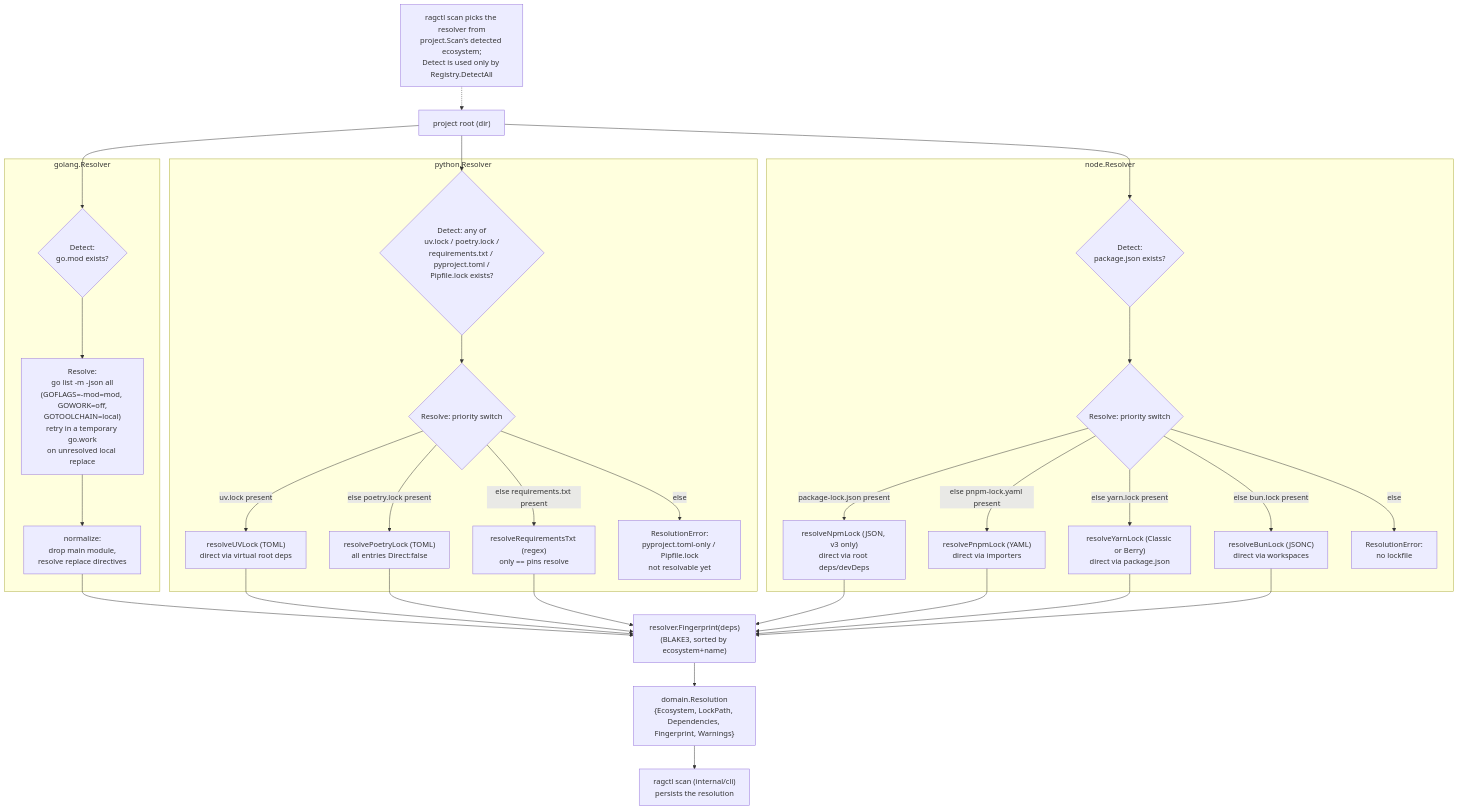
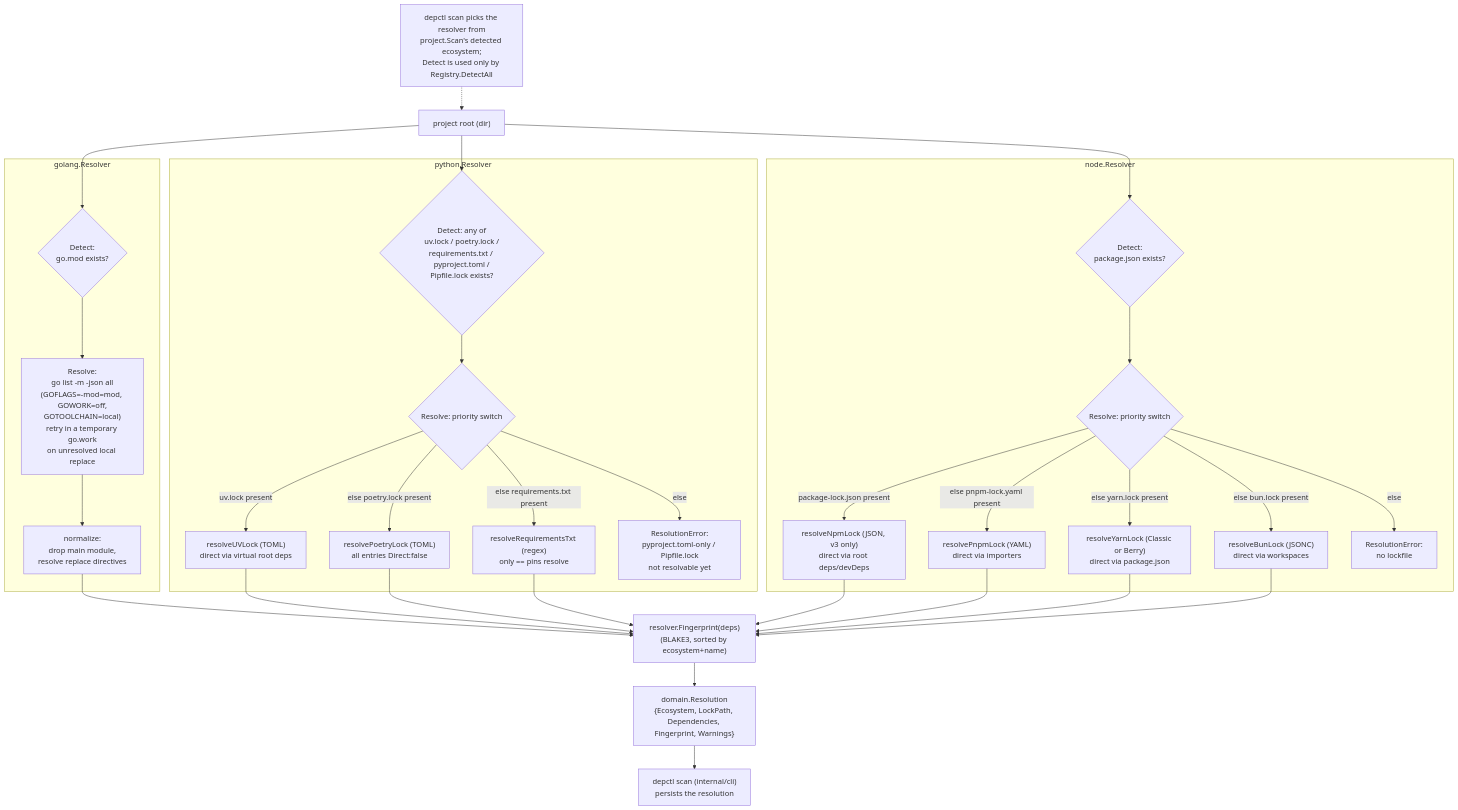
Before and after one commit to aleutian-ai/depctl: the diagram in docs/internal/resolver.md, drawn with Mermaid. The commit also changed other lines of this file and 588 other files, not shown here.

Commit message:
Rename ragctl to depctl: binary, module github.com/aleutian-ai/depctl, paths, env vars, metrics, MCP name, docs

````diff
--- a/docs/internal/resolver.md
+++ b/docs/internal/resolver.md
@@ -51,58 +51,58 @@
 ```mermaid
 flowchart TD
     root["project root (dir)"]
 
     subgraph golang["golang.Resolver"]
         gDetect{"Detect:\ngo.mod exists?"}
         gResolve["Resolve:\ngo list -m -json all\n(GOFLAGS=-mod=mod, GOWORK=off,\nGOTOOLCHAIN=local)\nretry in a temporary go.work\non unresolved local replace"]
         gNorm["normalize:\ndrop main module,\nresolve replace directives"]
     end
 
     subgraph python["python.Resolver"]
         pDetect{"Detect: any of\nuv.lock / poetry.lock /\nrequirements.txt / pyproject.toml /\nPipfile.lock exists?"}
         pStrategy{"Resolve: priority switch"}
         pUV["resolveUVLock (TOML)\ndirect via virtual root deps"]
         pPoetry["resolvePoetryLock (TOML)\nall entries Direct:false"]
         pReq["resolveRequirementsTxt (regex)\nonly == pins resolve"]
         pErr["ResolutionError:\npyproject.toml-only / Pipfile.lock\nnot resolvable yet"]
     end
 
     subgraph node["node.Resolver"]
         nDetect{"Detect:\npackage.json exists?"}
         nStrategy{"Resolve: priority switch"}
         nNpm["resolveNpmLock (JSON, v3 only)\ndirect via root deps/devDeps"]
         nPnpm["resolvePnpmLock (YAML)\ndirect via importers"]
         nYarn["resolveYarnLock (Classic or Berry)\ndirect via package.json"]
         nBun["resolveBunLock (JSONC)\ndirect via workspaces"]
         nErr["ResolutionError:\nno lockfile"]
     end
 
     root --> gDetect --> gResolve --> gNorm
     root --> pDetect --> pStrategy
     pStrategy -->|uv.lock present| pUV
     pStrategy -->|else poetry.lock present| pPoetry
     pStrategy -->|else requirements.txt present| pReq
     pStrategy -->|else| pErr
 
     root --> nDetect --> nStrategy
     nStrategy -->|package-lock.json present| nNpm
     nStrategy -->|else pnpm-lock.yaml present| nPnpm
     nStrategy -->|else yarn.lock present| nYarn
     nStrategy -->|else bun.lock present| nBun
     nStrategy -->|else| nErr
 
     gNorm --> Fingerprint["resolver.Fingerprint(deps)\n(BLAKE3, sorted by ecosystem+name)"]
     pUV --> Fingerprint
     pPoetry --> Fingerprint
     pReq --> Fingerprint
 
     nNpm --> Fingerprint
     nPnpm --> Fingerprint
     nYarn --> Fingerprint
     nBun --> Fingerprint
 
     Fingerprint --> Resolution["domain.Resolution\n{Ecosystem, LockPath, Dependencies, Fingerprint, Warnings}"]
-    Resolution --> CLI["ragctl scan (internal/cli)\npersists the resolution"]
-    scanNote["ragctl scan picks the resolver from\nproject.Scan's detected ecosystem;\nDetect is used only by Registry.DetectAll"]
+    Resolution --> CLI["depctl scan (internal/cli)\npersists the resolution"]
+    scanNote["depctl scan picks the resolver from\nproject.Scan's detected ecosystem;\nDetect is used only by Registry.DetectAll"]
     scanNote -.-> root
 ```
````
